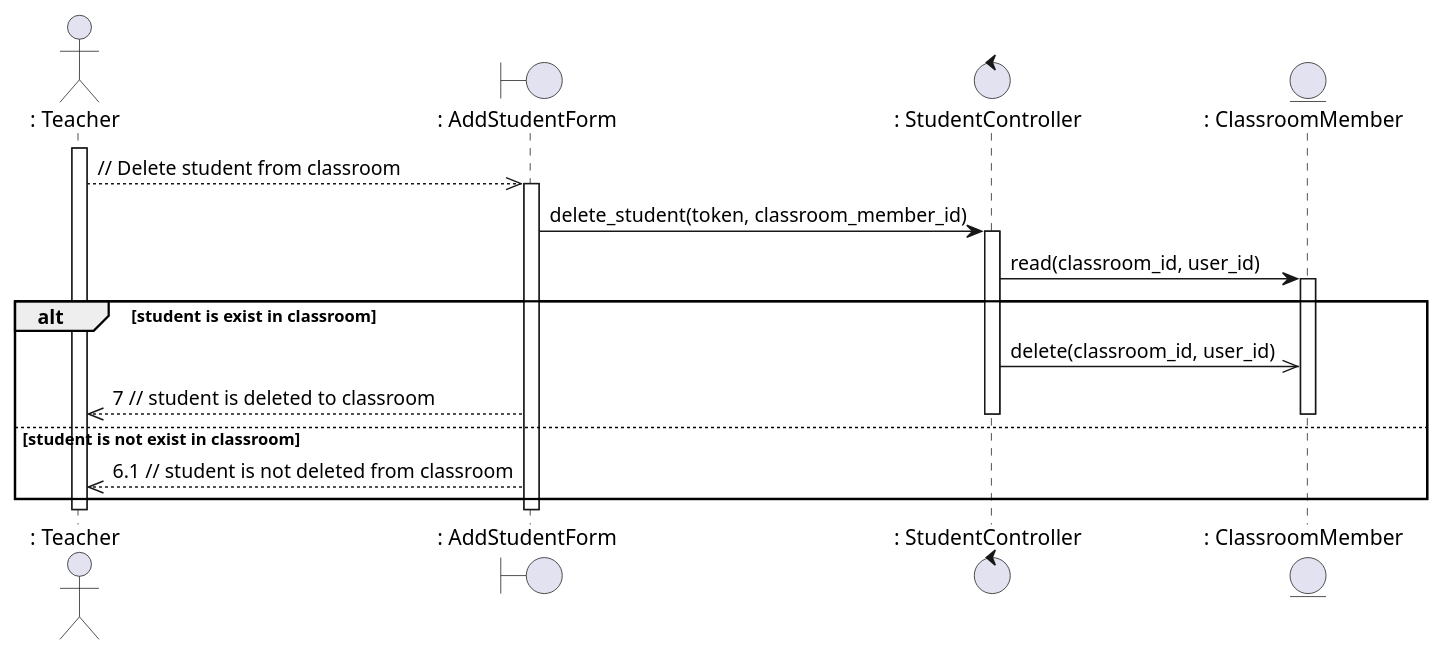
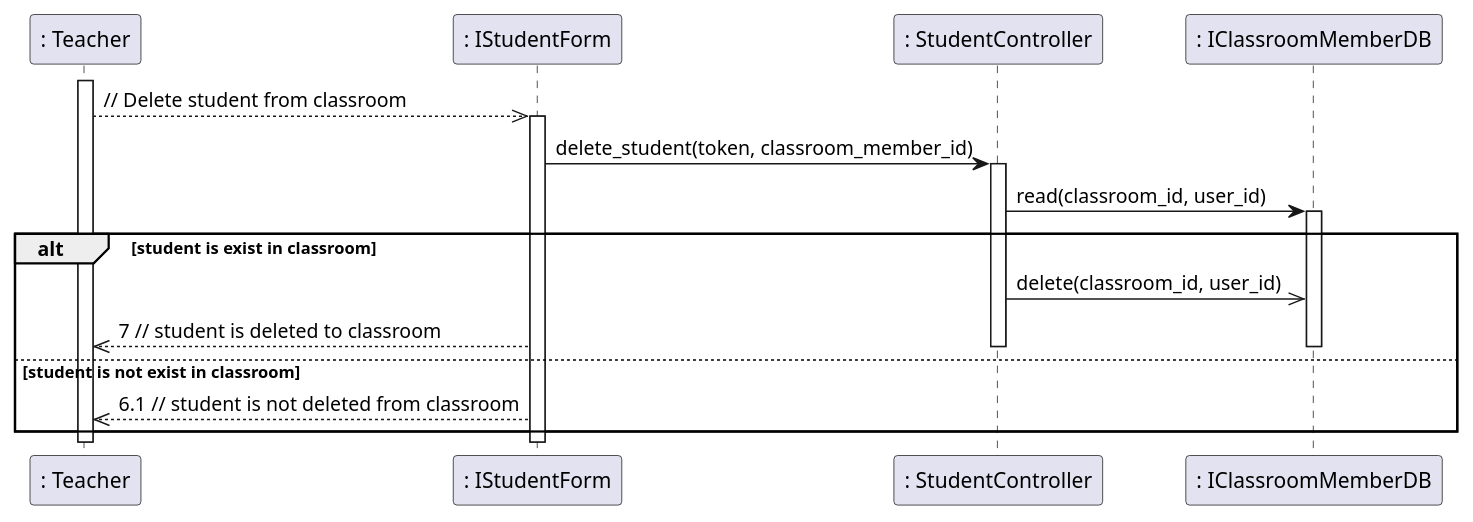
The diagram in sequence - design/student/deleteStudent.plantuml (anonyhostvn/OOAD-Diagram), drawn with PlantUML before and after one commit. The commit also changed 5 other files, not shown here.

```diff
--- a/sequence - design/student/deleteStudent.plantuml
+++ b/sequence - design/student/deleteStudent.plantuml
@@ -1,28 +1,23 @@
 @startuml deleteStudent
 
-actor ": Teacher"
-boundary ": AddStudentForm"
-control ": StudentController"
-entity ": ClassroomMember"
-
 activate ": Teacher"
-": Teacher" -->> ": AddStudentForm": // Delete student from classroom
-activate ": AddStudentForm"
-": AddStudentForm" -> ": StudentController": delete_student(token, classroom_member_id)
+": Teacher" -->> ": IStudentForm": // Delete student from classroom
+activate ": IStudentForm"
+": IStudentForm" -> ": StudentController": delete_student(token, classroom_member_id)
 activate ": StudentController"
-": StudentController" -> ": ClassroomMember": read(classroom_id, user_id)
-activate ": ClassroomMember"
+": StudentController" -> ": IClassroomMemberDB": read(classroom_id, user_id)
+activate ": IClassroomMemberDB"
 alt student is exist in classroom
-    ": StudentController" ->> ": ClassroomMember": delete(classroom_id, user_id)
-    ": AddStudentForm" -->> ": Teacher": 7 // student is deleted to classroom
+    ": StudentController" ->> ": IClassroomMemberDB": delete(classroom_id, user_id)
+    ": IStudentForm" -->> ": Teacher": 7 // student is deleted to classroom
 
 else student is not exist in classroom
-    deactivate ": ClassroomMember"
+    deactivate ": IClassroomMemberDB"
     deactivate ": StudentController"
-    ": AddStudentForm" -->> ": Teacher": 6.1 // student is not deleted from classroom
+    ": IStudentForm" -->> ": Teacher": 6.1 // student is not deleted from classroom
 end
 
-deactivate ": AddStudentForm"
+deactivate ": IStudentForm"
 deactivate ": Teacher"
 
 @enduml
```
